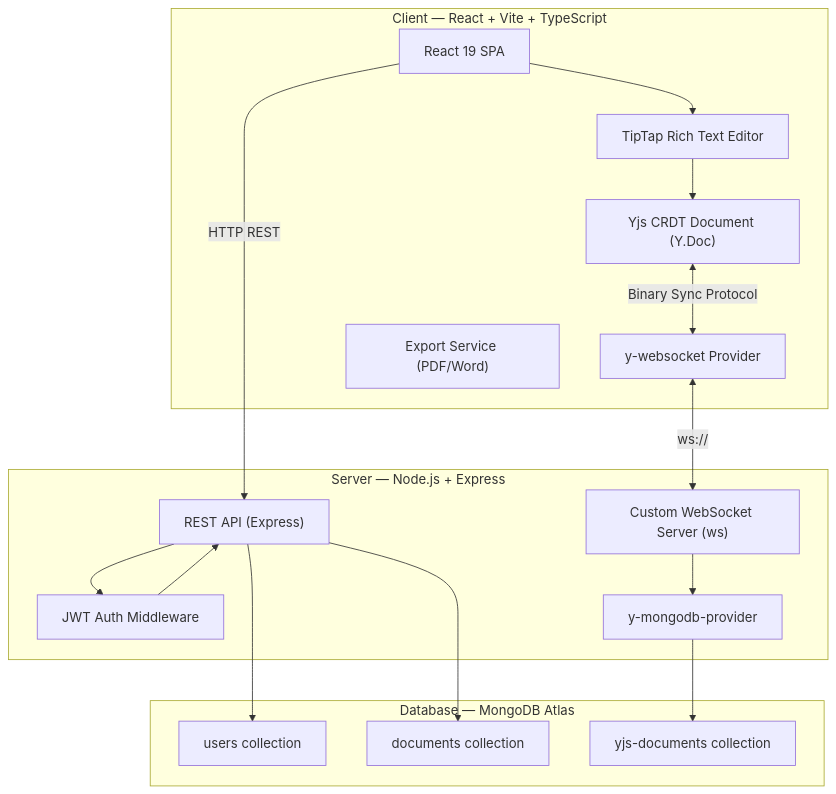
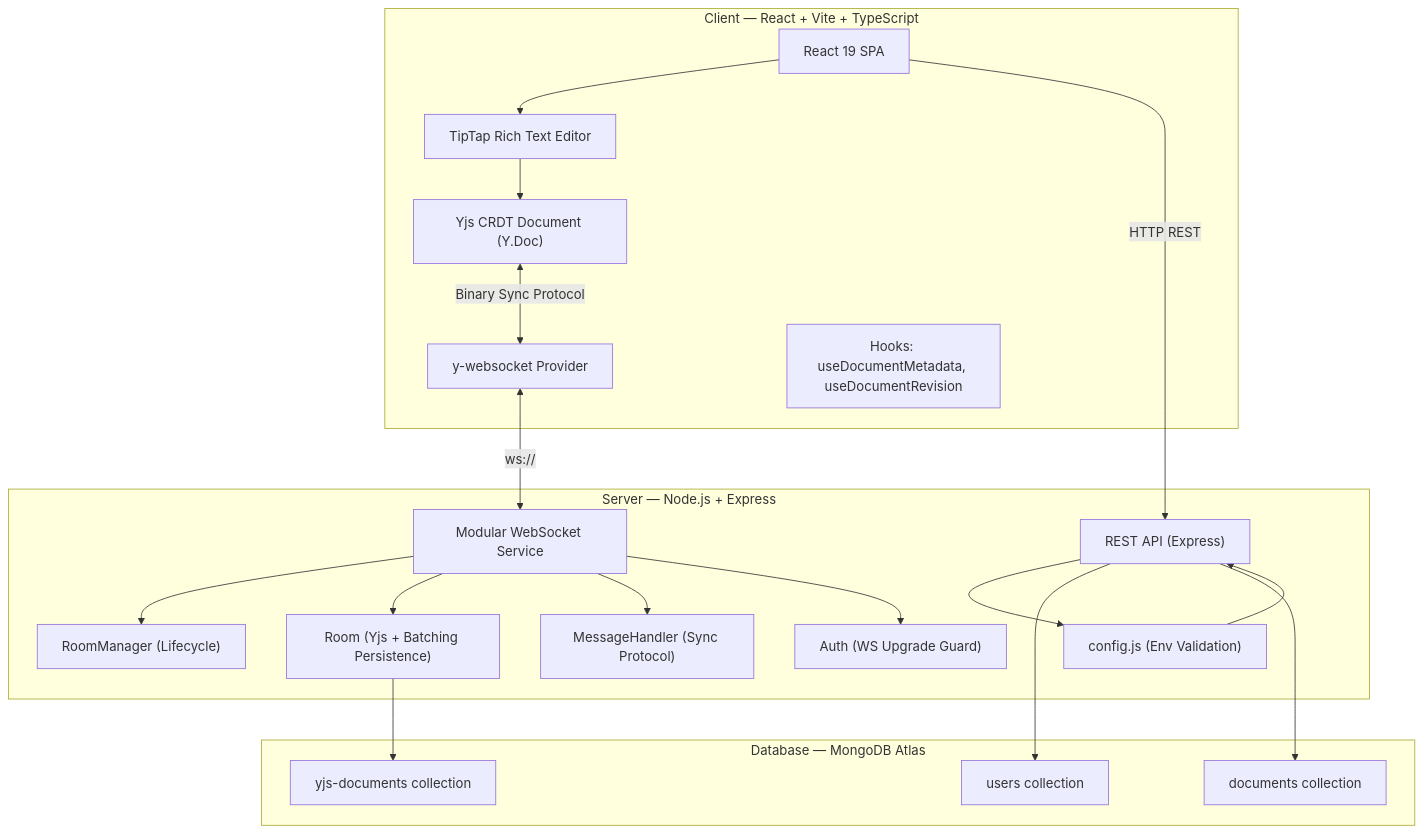
The diagram in README.md (amaanslyf/SyncPad---Collaborative-Text-Editor), drawn with Mermaid before and after one commit. The commit also changed other lines of this file, not shown here.

Commit message:
Docs: Update README with Vercel URL and modular architecture

````diff
--- a/README.md
+++ b/README.md
@@ -115,31 +115,35 @@
 ```mermaid
 graph TB
     subgraph "Client — React + Vite + TypeScript"
         A["React 19 SPA"]
         B["TipTap Rich Text Editor"]
         C["Yjs CRDT Document (Y.Doc)"]
         D["y-websocket Provider"]
-        E["Export Service (PDF/Word)"]
+        E["Hooks: useDocumentMetadata, useDocumentRevision"]
     end
 
     subgraph "Server — Node.js + Express"
         F["REST API (Express)"]
-        G["Custom WebSocket Server (ws)"]
-        H["JWT Auth Middleware"]
-        I["y-mongodb-provider"]
+        G["Modular WebSocket Service"]
+        H["RoomManager (Lifecycle)"]
+        I["Room (Yjs + Batching Persistence)"]
+        J["MessageHandler (Sync Protocol)"]
+        K["Auth (WS Upgrade Guard)"]
+        L["config.js (Env Validation)"]
     end
 
     subgraph "Database — MongoDB Atlas"
-        J["users collection"]
-        K["documents collection"]
-        L["yjs-documents collection"]
+        M["users collection"]
+        N["documents collection"]
+        O["yjs-documents collection"]
     end
 
     A --> B --> C
     C <-->|"Binary Sync Protocol"| D <-->|"ws://"| G
+    G --> H & I & J & K
     A -->|"HTTP REST"| F
-    F --> H --> F
-    F --> J
-    F --> K
-    G --> I --> L
+    F --> L --> F
+    F --> M
+    F --> N
+    I --> O
 ```
````
